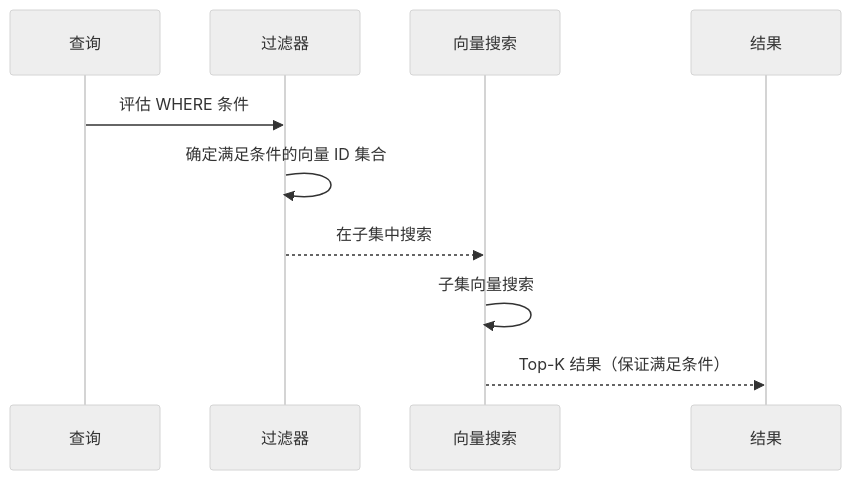
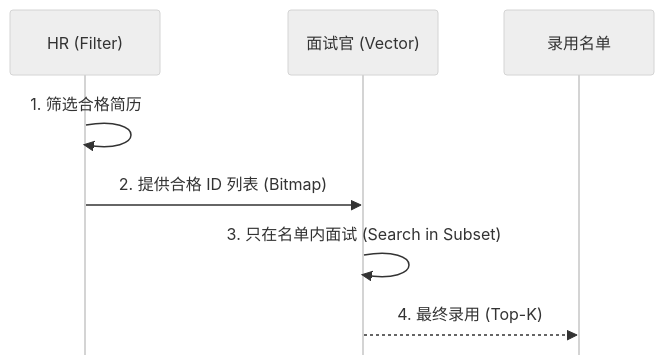
One commit to ThreeFish-AI/agentic-ai-cognizes changed diagram 31 of 38 in docs/research/003-vector-search-algorithm.md. Above: the diagram before and after it, drawn with Mermaid (neutral theme). The commit also changed other lines of this file, not shown here.

````diff
--- a/docs/research/003-vector-search-algorithm.md
+++ b/docs/research/003-vector-search-algorithm.md
@@ -2179,13 +2173,12 @@
 ```mermaid
 sequenceDiagram
-    participant Q as 查询
-    participant F as 过滤器
-    participant VS as 向量搜索
-    participant R as 结果
+    %%{init: {'sequence': {'mirrorActors': false}}}%%
+    participant F as HR (Filter)
+    participant Q as 面试官 (Vector)
+    participant R as 录用名单
 
-    Q->>F: 评估 WHERE 条件
-    F->>F: 确定满足条件的向量 ID 集合
-    F-->>VS: 在子集中搜索
-    VS->>VS: 子集向量搜索
-    VS-->>R: Top-K 结果（保证满足条件）
+    F->>F: 1. 筛选合格简历
+    F->>Q: 2. 提供合格 ID 列表 (Bitmap)
+    Q->>Q: 3. 只在名单内面试 (Search in Subset)
+    Q-->>R: 4. 最终录用 (Top-K)
 ```
````
